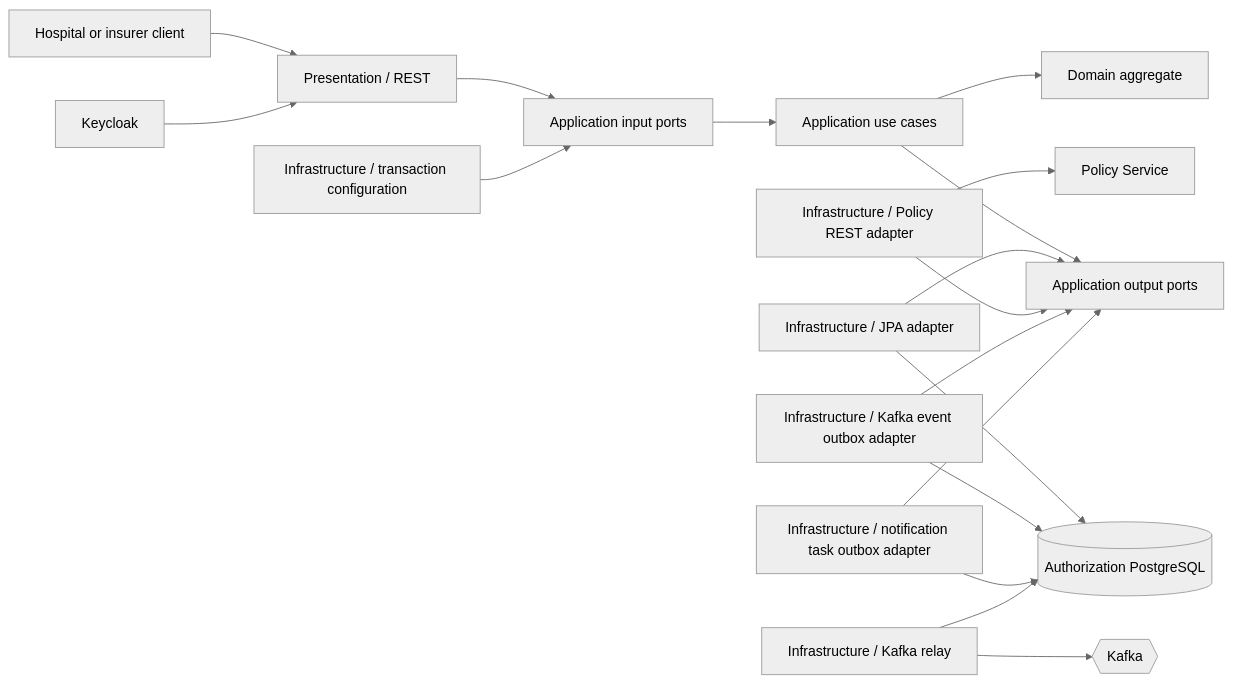
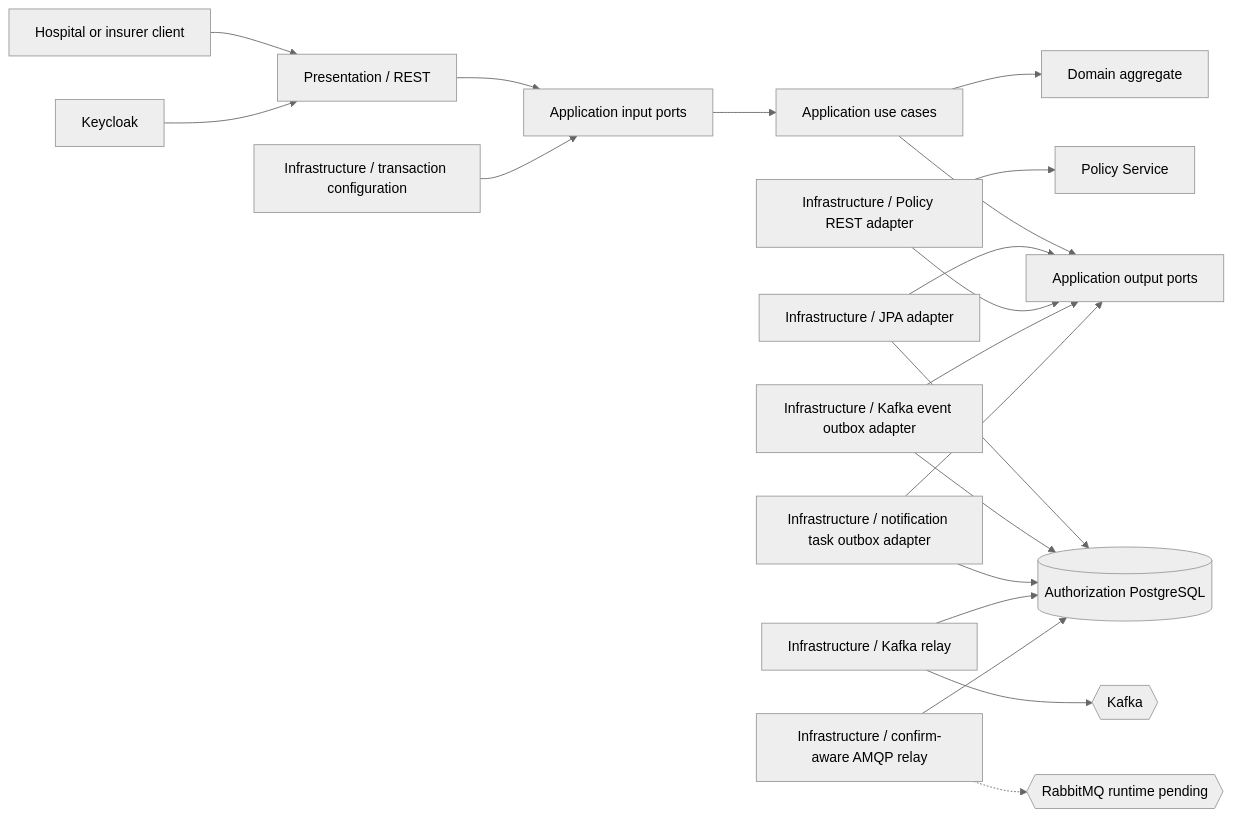
Before and after one commit to aydindemir1/health-insurance-platform: the first of 3 diagrams in docs/architecture/authorization-service.md, drawn with Mermaid (neutral theme). The commit also changed other lines of this file and 9 other files, not shown here.

````diff
--- a/docs/architecture/authorization-service.md
+++ b/docs/architecture/authorization-service.md
@@ -5,20 +5,22 @@
 ```mermaid
 flowchart LR
     Client[Hospital or insurer client] --> Presentation[Presentation / REST]
     Presentation --> InputPorts[Application input ports]
     InputPorts --> UseCases[Application use cases]
     UseCases --> Domain[Domain aggregate]
     UseCases --> OutputPorts[Application output ports]
     Persistence[Infrastructure / JPA adapter] --> OutputPorts
     PolicyAdapter[Infrastructure / Policy REST adapter] --> OutputPorts
     EventOutbox[Infrastructure / Kafka event outbox adapter] --> OutputPorts
     TaskOutbox[Infrastructure / notification task outbox adapter] --> OutputPorts
     Relay[Infrastructure / Kafka relay] --> Kafka{{Kafka}}
+    NotificationRelay[Infrastructure / confirm-aware AMQP relay] -.-> Rabbit{{RabbitMQ runtime pending}}
     Persistence --> Database[(Authorization PostgreSQL)]
     PolicyAdapter --> Policy[Policy Service]
     EventOutbox --> Database
     TaskOutbox --> Database
     Relay --> Database
+    NotificationRelay --> Database
     Configuration[Infrastructure / transaction configuration] --> InputPorts
     Keycloak[Keycloak] --> Presentation
 ```
````
